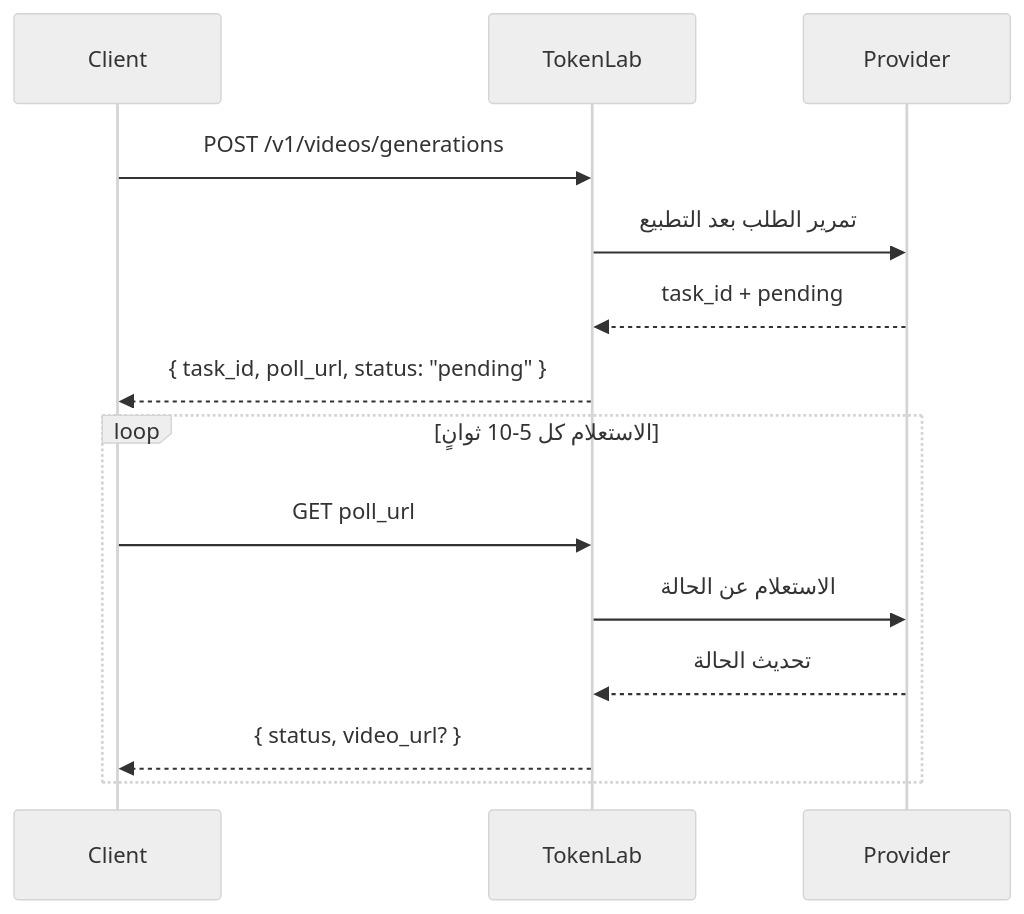
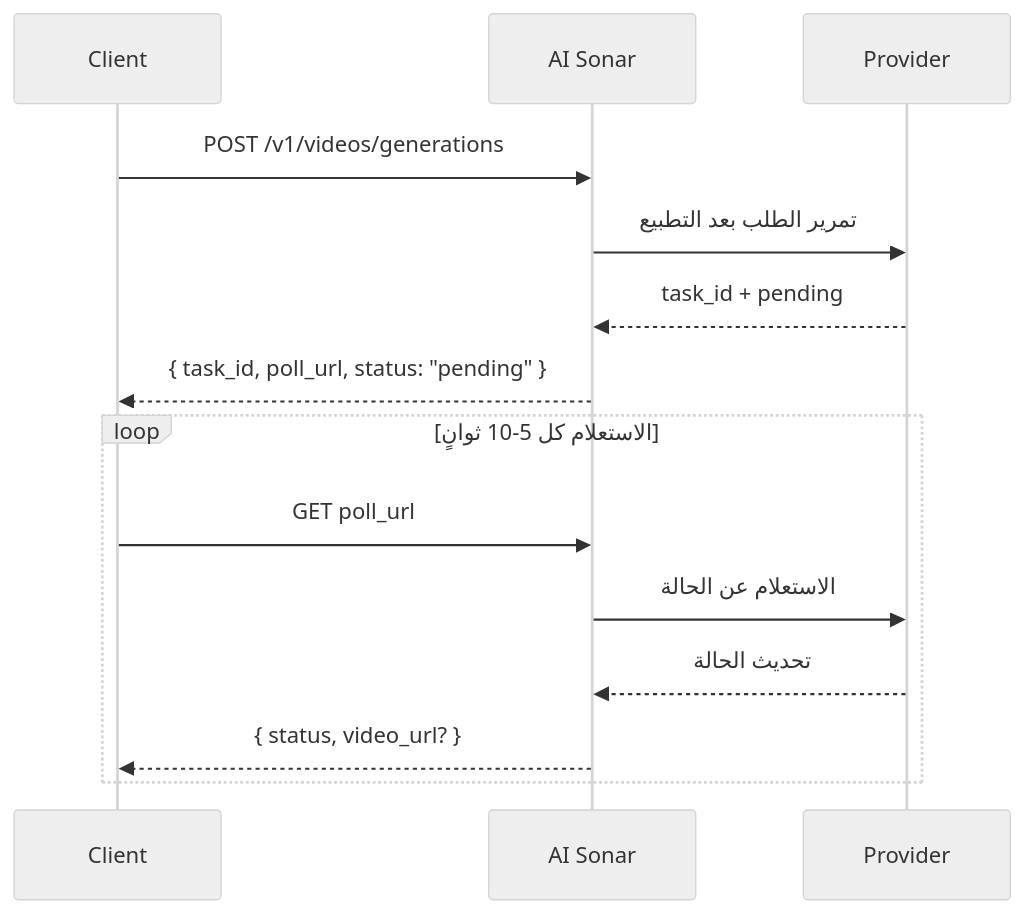
Before and after one commit to hedging8563/aisonar-docs: the diagram in ar/guides/video-generation.mdx, drawn with Mermaid (neutral theme). The commit also changed other lines of this file and 1036 other files, not shown here.

````diff
--- a/ar/guides/video-generation.mdx
+++ b/ar/guides/video-generation.mdx
@@ -26,18 +26,18 @@
 ```mermaid
 sequenceDiagram
     participant Client
-    participant TokenLab
+    participant AI Sonar
     participant Provider
 
-    Client->>TokenLab: POST /v1/videos/generations
-    TokenLab->>Provider: تمرير الطلب بعد التطبيع
-    Provider-->>TokenLab: task_id + pending
-    TokenLab-->>Client: { task_id, poll_url, status: "pending" }
+    Client->>AI Sonar: POST /v1/videos/generations
+    AI Sonar->>Provider: تمرير الطلب بعد التطبيع
+    Provider-->>AI Sonar: task_id + pending
+    AI Sonar-->>Client: { task_id, poll_url, status: "pending" }
 
     loop الاستعلام كل 5-10 ثوانٍ
-        Client->>TokenLab: GET poll_url
-        TokenLab->>Provider: الاستعلام عن الحالة
-        Provider-->>TokenLab: تحديث الحالة
-        TokenLab-->>Client: { status, video_url? }
+        Client->>AI Sonar: GET poll_url
+        AI Sonar->>Provider: الاستعلام عن الحالة
+        Provider-->>AI Sonar: تحديث الحالة
+        AI Sonar-->>Client: { status, video_url? }
     end
 ```
````
